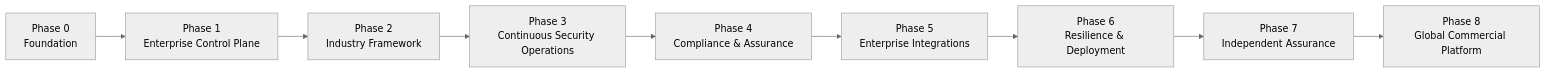
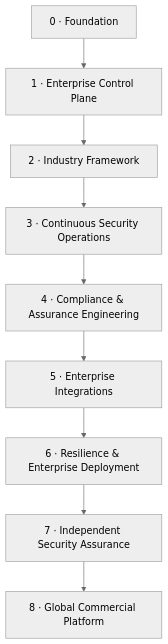
Before and after one commit to vishnuvardhanburri/VARDHAN_Q_CORE-PLATFORM: the third of 12 diagrams in docs/VARDHAN_ROADMAP.md, drawn with Mermaid (neutral theme). The commit also changed other lines of this file, not shown here.

Commit message:
docs(roadmap): redesign roadmap with visual gates and assurance map

````diff
--- a/docs/VARDHAN_ROADMAP.md
+++ b/docs/VARDHAN_ROADMAP.md
@@ -23,20 +81,11 @@
 ```mermaid
-flowchart LR
-    P0[Phase 0
-Foundation] --> P1[Phase 1
-Enterprise Control Plane]
-    P1 --> P2[Phase 2
-Industry Framework]
-    P2 --> P3[Phase 3
-Continuous Security Operations]
-    P3 --> P4[Phase 4
-Compliance & Assurance]
-    P4 --> P5[Phase 5
-Enterprise Integrations]
-    P5 --> P6[Phase 6
-Resilience & Deployment]
-    P6 --> P7[Phase 7
-Independent Assurance]
-    P7 --> P8[Phase 8
-Global Commercial Platform]
+flowchart TB
+    P0[0 · Foundation] --> P1[1 · Enterprise Control Plane]
+    P1 --> P2[2 · Industry Framework]
+    P2 --> P3[3 · Continuous Security Operations]
+    P3 --> P4[4 · Compliance & Assurance Engineering]
+    P4 --> P5[5 · Enterprise Integrations]
+    P5 --> P6[6 · Resilience & Enterprise Deployment]
+    P6 --> P7[7 · Independent Security Assurance]
+    P7 --> P8[8 · Global Commercial Platform]
 ```
````
